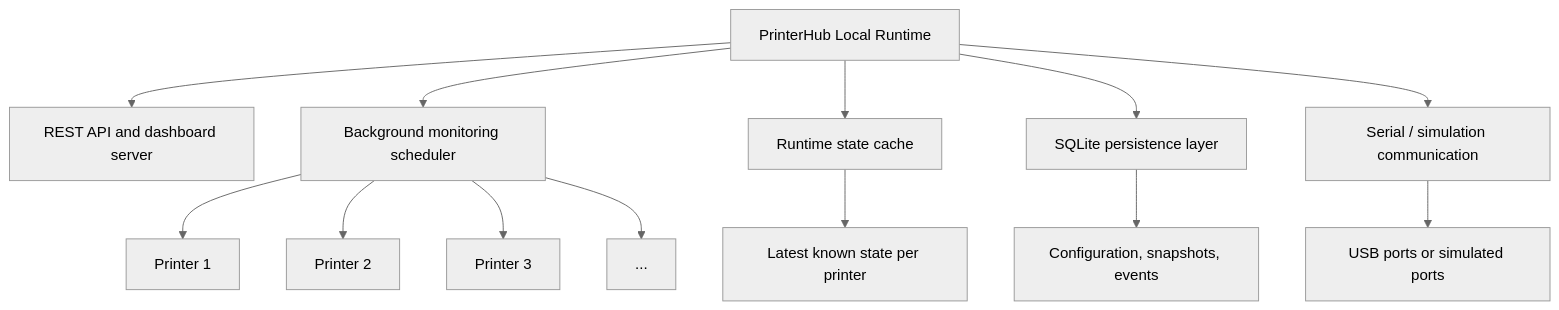
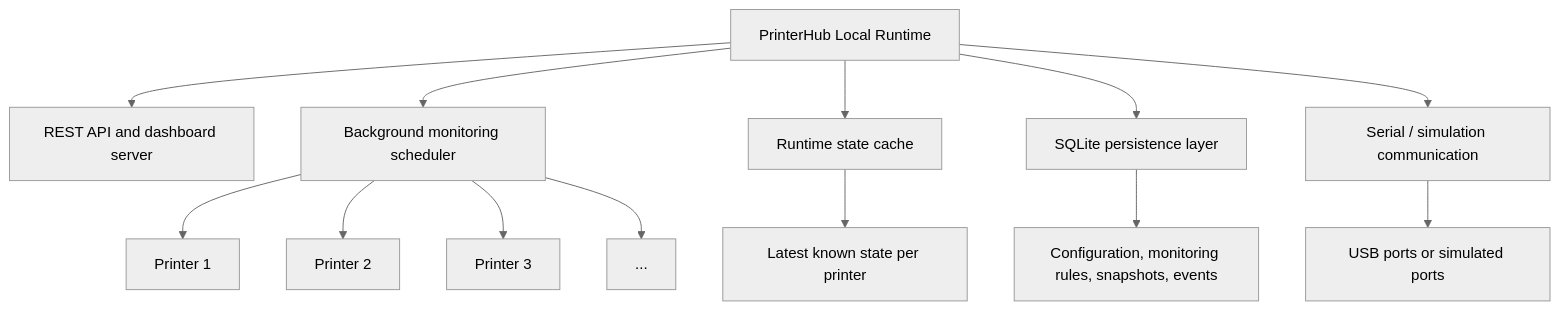
The first of 3 diagrams in README.md (nathabee/printer-hub), drawn with Mermaid (neutral theme) before and after one commit. The commit also changed other lines of this file and 31 other files, not shown here.

Commit message:
0.2.0 — Monitoring Configuration and Dashboard Administration Basics

````diff
--- a/README.md
+++ b/README.md
@@ -60,19 +64,19 @@
 ```mermaid
 flowchart TB
     runtime["PrinterHub Local Runtime"]
 
     runtime --> api["REST API and dashboard server"]
     runtime --> monitor["Background monitoring scheduler"]
     runtime --> cache["Runtime state cache"]
     runtime --> persistence["SQLite persistence layer"]
     runtime --> serial["Serial / simulation communication"]
 
     monitor --> p1["Printer 1"]
     monitor --> p2["Printer 2"]
     monitor --> p3["Printer 3"]
     monitor --> px["..."]
 
     cache --> latest["Latest known state per printer"]
-    persistence --> data["Configuration, snapshots, events"]
+    persistence --> data["Configuration, monitoring rules, snapshots, events"]
     serial --> ports["USB ports or simulated ports"]
 ```
````
